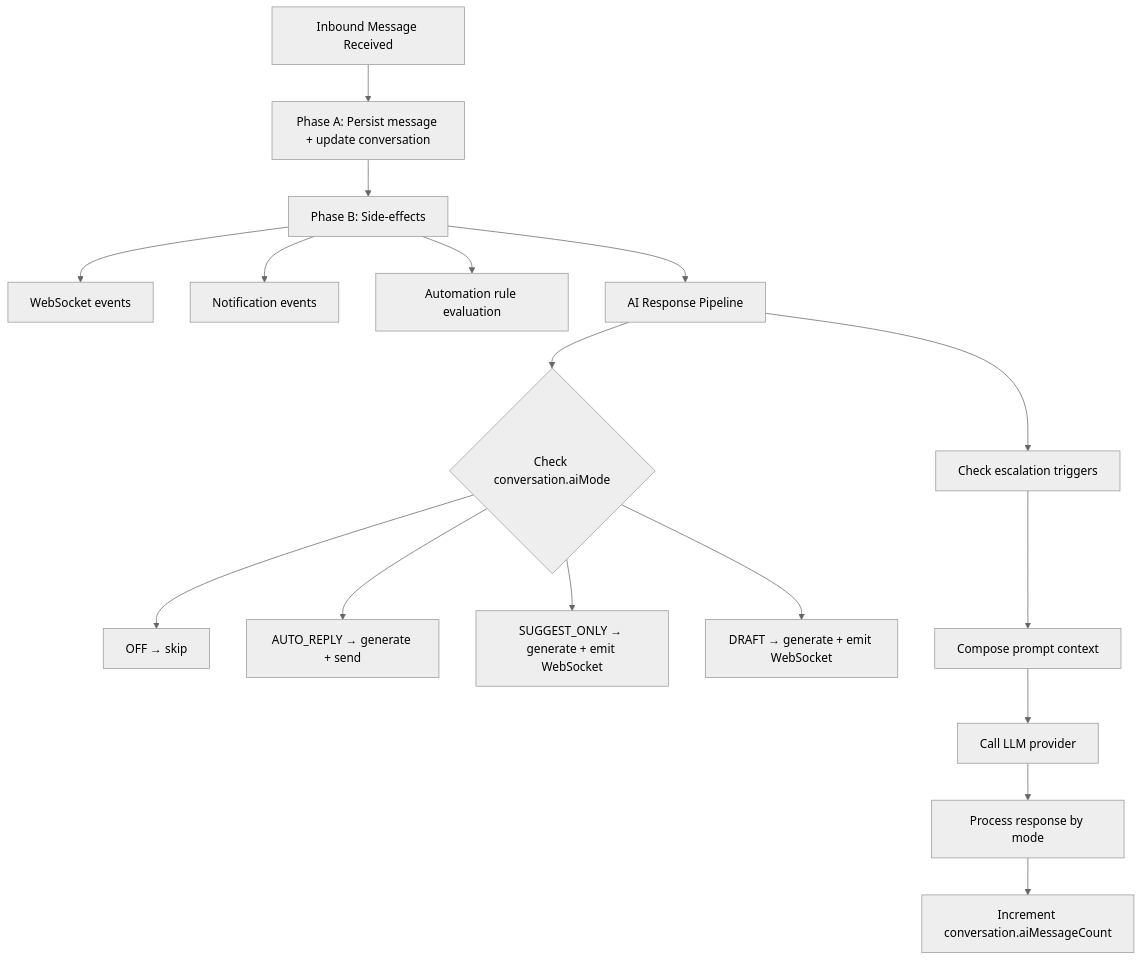
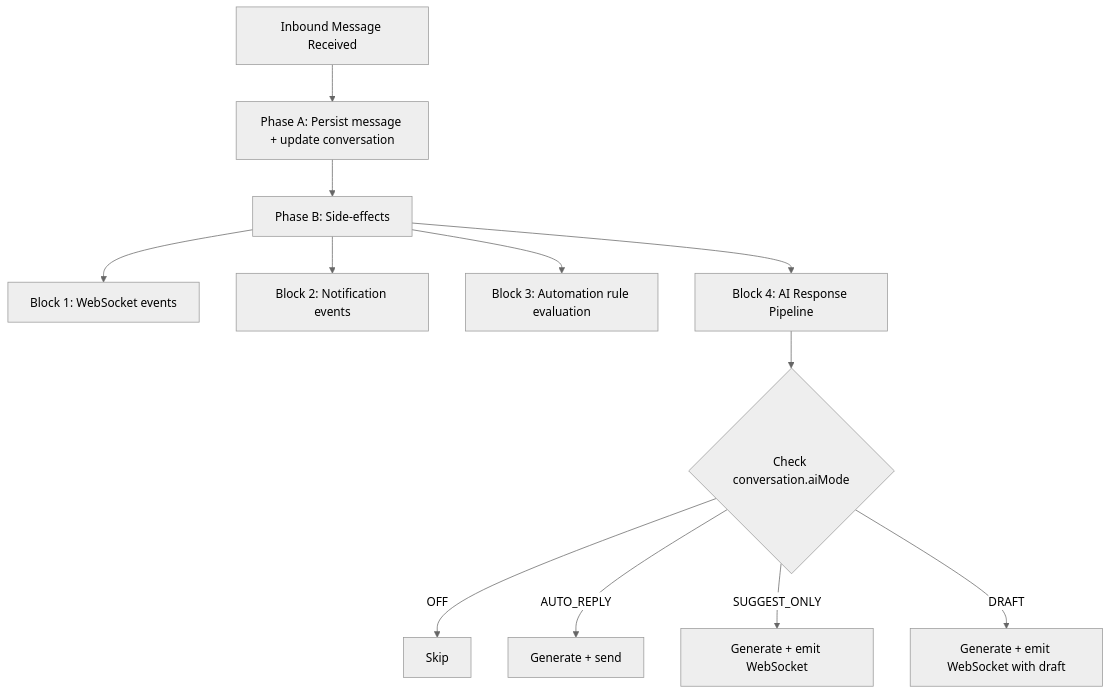
The diagram in backend/ai/conversation-specification.mdx (tech-propwise-org/docs), drawn with Mermaid (neutral theme) before and after one commit. The commit also changed other lines of this file and 27 other files, not shown here.

````diff
--- a/backend/ai/conversation-specification.mdx
+++ b/backend/ai/conversation-specification.mdx
@@ -51,21 +43,14 @@
 ```mermaid
 graph TD
     A[Inbound Message Received] --> B[Phase A: Persist message + update conversation]
     B --> C[Phase B: Side-effects]
-    C --> D[WebSocket events]
-    C --> E[Notification events]
-    C --> F[Automation rule evaluation]
-    C --> G[AI Response Pipeline]
-    
+    C --> D[Block 1: WebSocket events]
+    C --> E[Block 2: Notification events]
+    C --> F[Block 3: Automation rule evaluation]
+    C --> G[Block 4: AI Response Pipeline]
     G --> H{Check conversation.aiMode}
-    H --> I[OFF → skip]
-    H --> J[AUTO_REPLY → generate + send]
-    H --> K[SUGGEST_ONLY → generate + emit WebSocket]
-    H --> L[DRAFT → generate + emit WebSocket]
-    
-    G --> M[Check escalation triggers]
-    M --> N[Compose prompt context]
-    N --> O[Call LLM provider]
-    O --> P[Process response by mode]
-    P --> Q[Increment conversation.aiMessageCount]
+    H -->|OFF| I[Skip]
+    H -->|AUTO_REPLY| J[Generate + send]
+    H -->|SUGGEST_ONLY| K[Generate + emit WebSocket]
+    H -->|DRAFT| L[Generate + emit WebSocket with draft]
 ```
````
